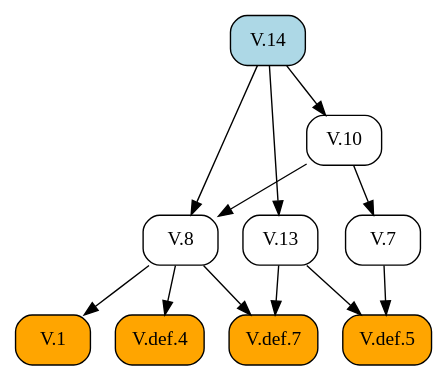
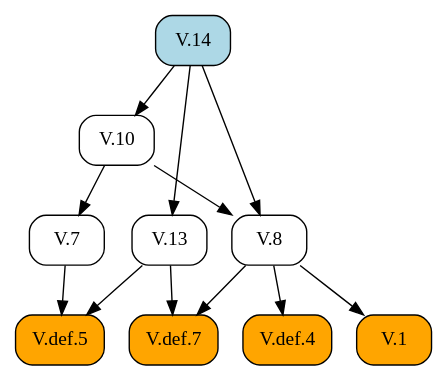
Before and after one commit to geometor/elements: the diagram in docsrc/elements2/V/14/index.rst, drawn with Graphviz. The commit also changed other lines of this file and 409 other files, not shown here.

First line of the commit message:
feat: Add image cropping and graphic extraction script

```diff
--- a/docsrc/elements2/V/14/index.rst
+++ b/docsrc/elements2/V/14/index.rst
@@ -42,26 +42,26 @@
 .. graphviz::
 
    digraph {
      rankdir="TB";
      node [shape=box, style=rounded];
+     "V.def.5" [style="rounded,filled", fillcolor=orange, URL="/elements2/V/def.5/", target="_top"];
      "V.14" [style="rounded,filled", fillcolor=lightblue, URL="/elements2/V/14/", target="_top"];
+     "V.13" [URL="/elements2/V/13/", target="_top"];
      "V.10" [URL="/elements2/V/10/", target="_top"];
-     "V.1" [style="rounded,filled", fillcolor=orange, URL="/elements2/V/1/", target="_top"];
-     "V.def.5" [style="rounded,filled", fillcolor=orange, URL="/elements2/V/def.5/", target="_top"];
      "V.8" [URL="/elements2/V/8/", target="_top"];
      "V.def.4" [style="rounded,filled", fillcolor=orange, URL="/elements2/V/def.4/", target="_top"];
      "V.def.7" [style="rounded,filled", fillcolor=orange, URL="/elements2/V/def.7/", target="_top"];
+     "V.1" [style="rounded,filled", fillcolor=orange, URL="/elements2/V/1/", target="_top"];
      "V.7" [URL="/elements2/V/7/", target="_top"];
-     "V.13" [URL="/elements2/V/13/", target="_top"];
-     "V.14" -> "V.10";
-     "V.8" -> "V.1";
      "V.7" -> "V.def.5";
      "V.13" -> "V.def.5";
+     "V.14" -> "V.13";
+     "V.14" -> "V.10";
      "V.10" -> "V.8";
      "V.14" -> "V.8";
      "V.8" -> "V.def.4";
      "V.8" -> "V.def.7";
      "V.13" -> "V.def.7";
+     "V.8" -> "V.1";
      "V.10" -> "V.7";
-     "V.14" -> "V.13";
    }
```
